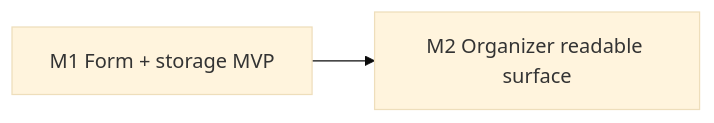
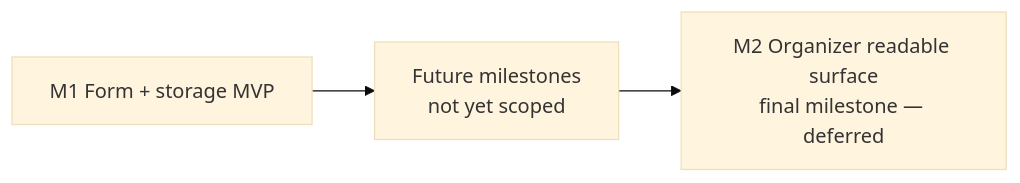
One commit to kcrobinson-1/neighborly-events changed the diagram in docs/plans/epics/madrona-feedback/epic.md. Above: the diagram before and after it, drawn with Mermaid (base theme). The commit also changed other lines of this file and 1 other file, not shown here.

First line of the commit message:
docs(plans): defer madrona-feedback M2 to final-milestone, mark non-prescriptive

````diff
--- a/docs/plans/epics/madrona-feedback/epic.md
+++ b/docs/plans/epics/madrona-feedback/epic.md
@@ -339,6 +353,8 @@
 ```mermaid
 flowchart LR
   M1[M1 Form + storage MVP]
-  M2[M2 Organizer readable surface]
-  M1 --> M2
+  Mx[Future milestones<br/>not yet scoped]
+  M2[M2 Organizer readable surface<br/>final milestone — deferred]
+  M1 --> Mx
+  Mx --> M2
 ```
````
